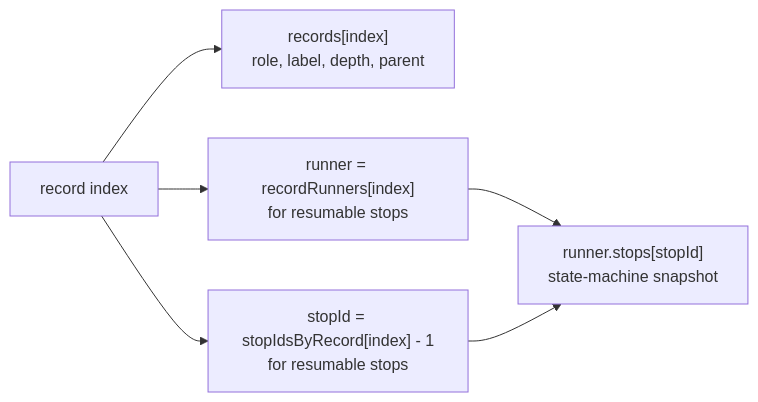
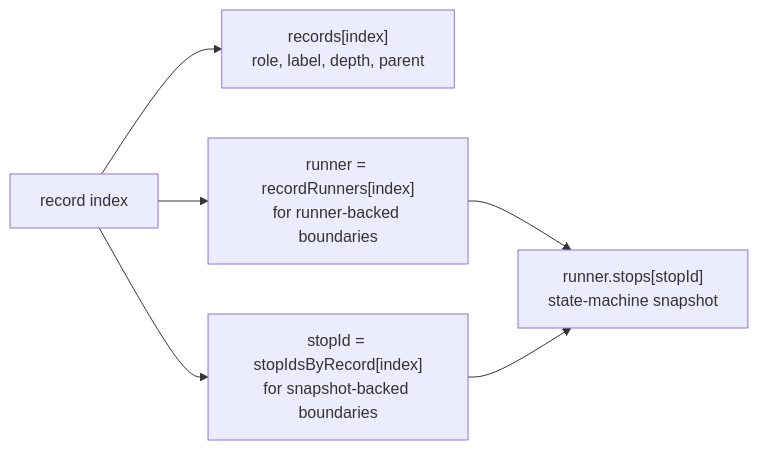
The first of 8 diagrams in docs/minimum-playback-algorithm.md (akeit0/AsyncPlayback), drawn with Mermaid before and after one commit. The commit also changed other lines of this file and 1 other file, not shown here.

````diff
--- a/docs/minimum-playback-algorithm.md
+++ b/docs/minimum-playback-algorithm.md
@@ -114,14 +114,14 @@
 ```mermaid
 flowchart LR
     RecordIndex["record index"]
     Record["records[index]<br/>role, label, depth, parent"]
-    RunnerMap["runner = recordRunners[index]<br/>for resumable stops"]
-    StopMap["stopId = stopIdsByRecord[index] - 1<br/>for resumable stops"]
+    RunnerMap["runner = recordRunners[index]<br/>for runner-backed boundaries"]
+    StopMap["stopId = stopIdsByRecord[index]<br/>for snapshot-backed boundaries"]
     RunnerStop["runner.stops[stopId]<br/>state-machine snapshot"]
 
     RecordIndex --> Record
     RecordIndex --> RunnerMap
     RecordIndex --> StopMap
     RunnerMap --> RunnerStop
     StopMap --> RunnerStop
 ```
````
